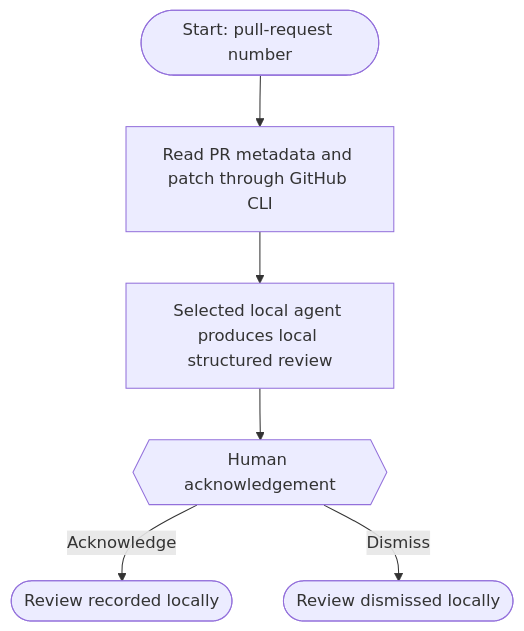
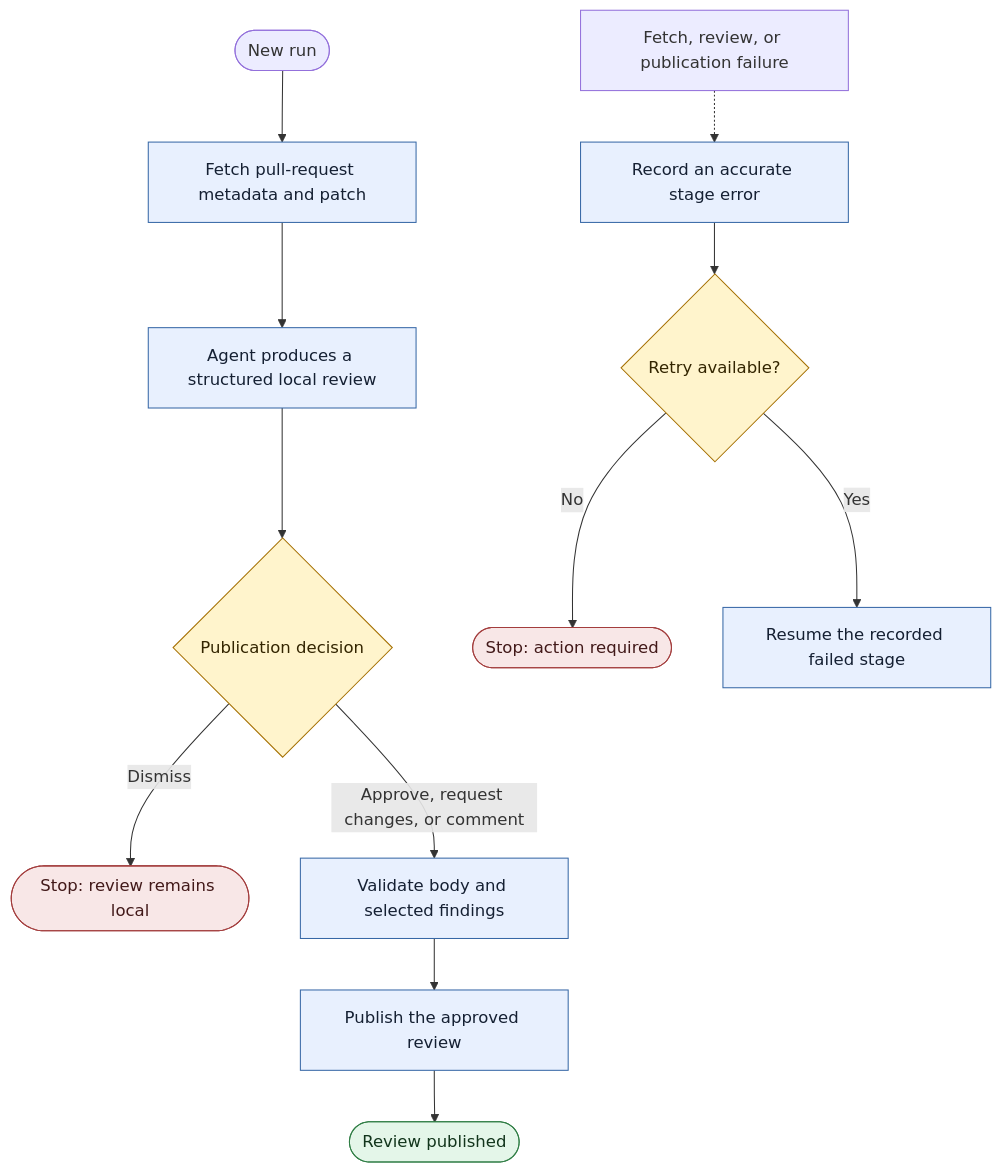
One commit to sleekapp-solutions/agentic-sdlc-workflows changed the diagram in docs/graphs/pr_review.mmd. Above: the diagram before and after it, drawn with Mermaid. The commit also changed 17 other files, not shown here.

First line of the commit message:
Publish approved PR reviews, add stage-aware retry, and clarify Jira lookup failures

```diff
--- a/docs/graphs/pr_review.mmd
+++ b/docs/graphs/pr_review.mmd
@@ -1,6 +1,22 @@
 flowchart TD
-    start([Start: pull-request number]) --> fetch[Read PR metadata and patch through GitHub CLI]
-    fetch --> review[Selected local agent produces local structured review]
-    review --> acknowledgement{{Human acknowledgement}}
-    acknowledgement -->|Acknowledge| done([Review recorded locally])
-    acknowledgement -->|Dismiss| dismissed([Review dismissed locally])
+    start([New run]) --> fetch[Fetch pull-request metadata and patch]
+    fetch --> review[Agent produces a structured local review]
+    review --> approval{Publication decision}
+    approval -->|Dismiss| dismissed([Stop: review remains local])
+    approval -->|Approve, request changes, or comment| selection[Validate body and selected findings]
+    selection --> publish[Publish the approved review]
+    publish --> done([Review published])
+
+    stageFailure[Fetch, review, or publication failure] -.-> failed[Record an accurate stage error]
+    failed --> retryChoice{Retry available?}
+    retryChoice -->|No| errorStop([Stop: action required])
+    retryChoice -->|Yes| retry[Resume the recorded failed stage]
+
+    classDef action fill:#e8f0fe,stroke:#3667a6,color:#152033;
+    classDef decision fill:#fff4cc,stroke:#a46f00,color:#332500;
+    classDef success fill:#e4f6e9,stroke:#2f7d44,color:#12351c;
+    classDef stop fill:#f8e7e7,stroke:#a33d3d,color:#421919;
+    class fetch,review,selection,publish,failed,retry action;
+    class approval,retryChoice decision;
+    class done success;
+    class dismissed,errorStop stop;
```
